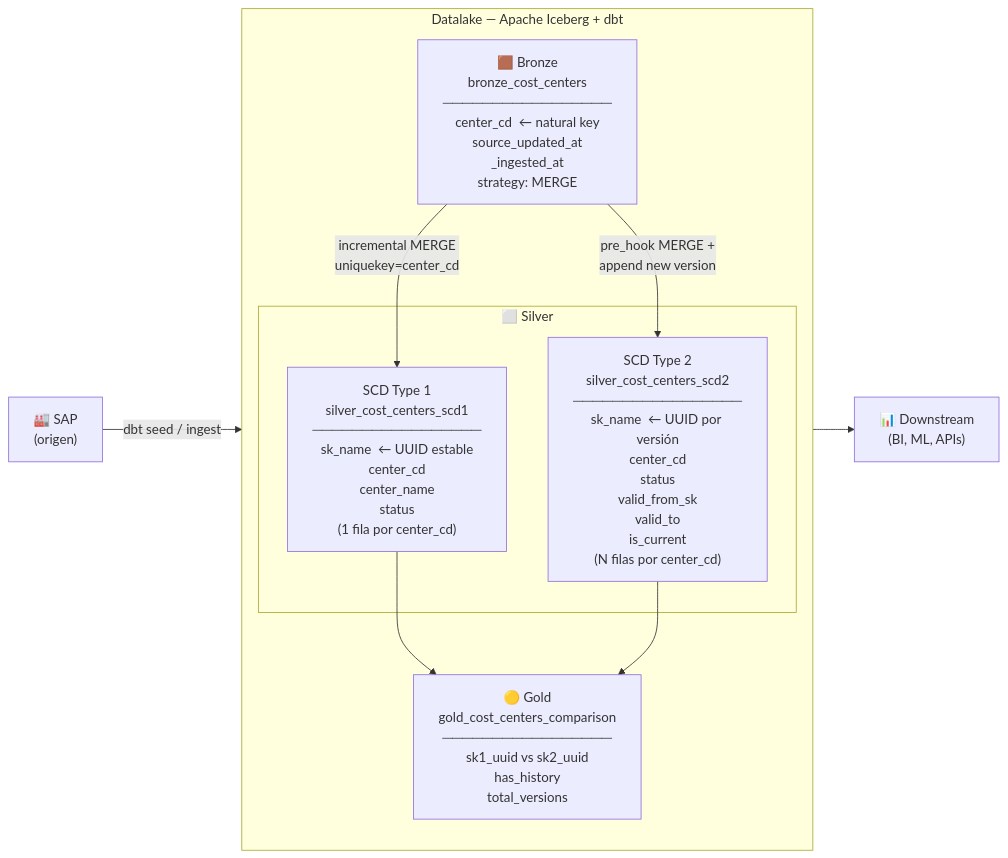
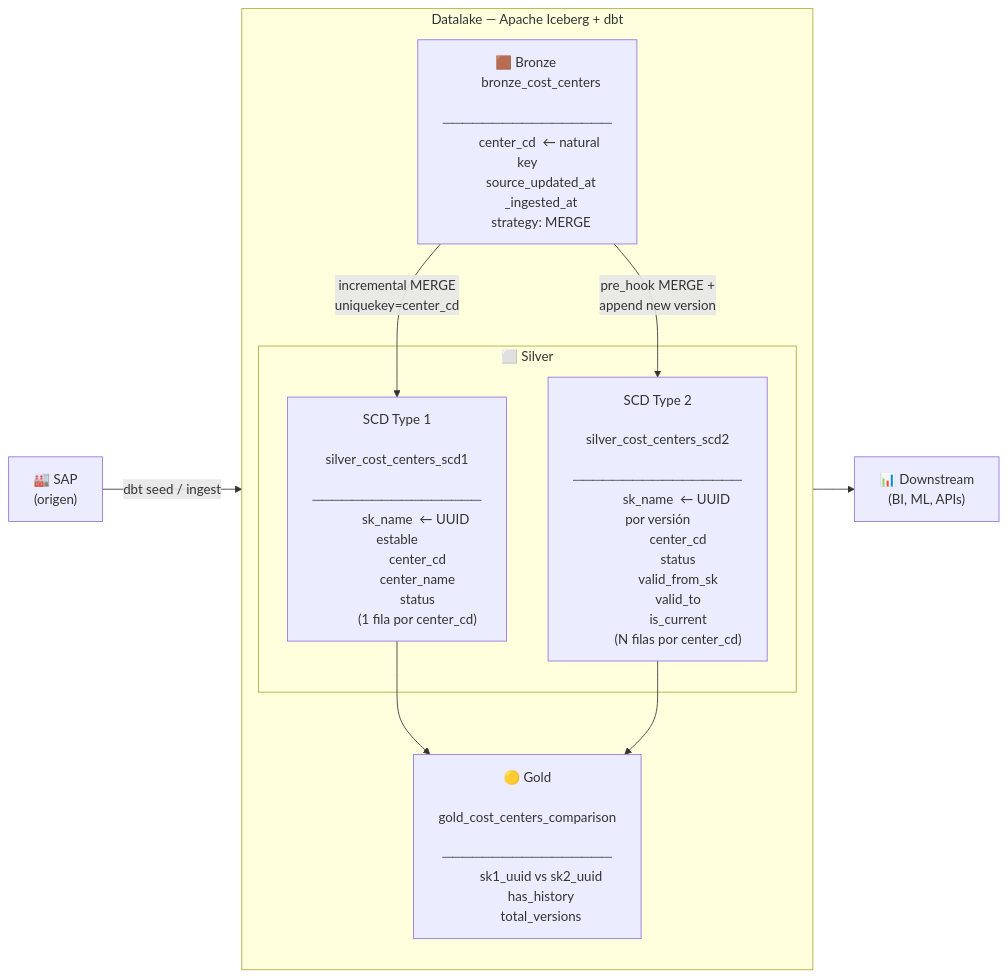
One commit to rafarngt/poc-iceberg-dbt-uudis changed the first of 6 diagrams in EXAMPLES.md. Above: the diagram before and after it, drawn with Mermaid.

Commit message:
actualizacion de documentacion

````diff
--- a/EXAMPLES.md
+++ b/EXAMPLES.md
@@ -27,25 +27,56 @@
 ```mermaid
 flowchart LR
-    SAP["🏭 SAP\n(origen)"]
+    SAP["🏭 SAP 
+    (origen)"]
 
     subgraph DL["Datalake — Apache Iceberg + dbt"]
         direction TB
-        BRZ["🟫 Bronze\nbronze_cost_centers\n─────────────────\ncenter_cd  ← natural key\nsource_updated_at\n_ingested_at\nstrategy: MERGE"]
+        BRZ["🟫 Bronze 
+        bronze_cost_centers
+        ─────────────────
+        center_cd  ← natural key
+        source_updated_at
+        _ingested_at
+        strategy: MERGE"]
 
         subgraph SLV["⬜ Silver"]
-            SCD1["SCD Type 1\nsilver_cost_centers_scd1\n─────────────────\nsk_name  ← UUID estable\ncenter_cd\ncenter_name\nstatus\n(1 fila por center_cd)"]
-            SCD2["SCD Type 2\nsilver_cost_centers_scd2\n─────────────────\nsk_name  ← UUID por versión\ncenter_cd\nstatus\nvalid_from_sk\nvalid_to\nis_current\n(N filas por center_cd)"]
+            SCD1["SCD Type 1
+            silver_cost_centers_scd1
+            ─────────────────
+            sk_name  ← UUID estable
+            center_cd
+            center_name
+            status
+            (1 fila por center_cd)"]
+            SCD2["SCD Type 2
+            silver_cost_centers_scd2
+            ─────────────────
+            sk_name  ← UUID por versión
+            center_cd
+            status
+            valid_from_sk
+            valid_to
+            is_current
+            (N filas por center_cd)"]
         end
 
-        GLD["🟡 Gold\ngold_cost_centers_comparison\n─────────────────\nsk1_uuid vs sk2_uuid\nhas_history\ntotal_versions"]
+        GLD["🟡 Gold
+        gold_cost_centers_comparison
+        ─────────────────
+        sk1_uuid vs sk2_uuid
+        has_history
+        total_versions"]
     end
 
-    DS["📊 Downstream\n(BI, ML, APIs)"]
+    DS["📊 Downstream
+    (BI, ML, APIs)"]
 
     SAP -->|"dbt seed / ingest"| BRZ
-    BRZ -->|"incremental MERGE\nuniquekey=center_cd"| SCD1
-    BRZ -->|"pre_hook MERGE +\nappend new version"| SCD2
+    BRZ -->|"incremental MERGE
+    uniquekey=center_cd"| SCD1
+    BRZ -->|"pre_hook MERGE +
+    append new version"| SCD2
     SCD1 --> GLD
     SCD2 --> GLD
     GLD --> DS
 ```
````
